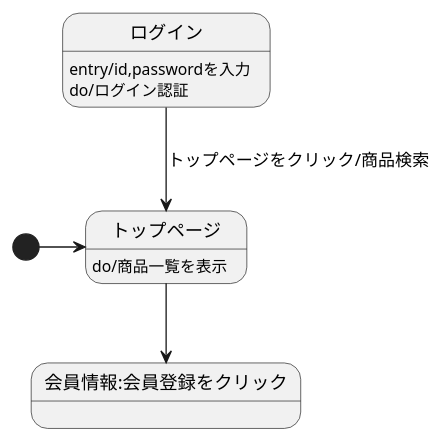
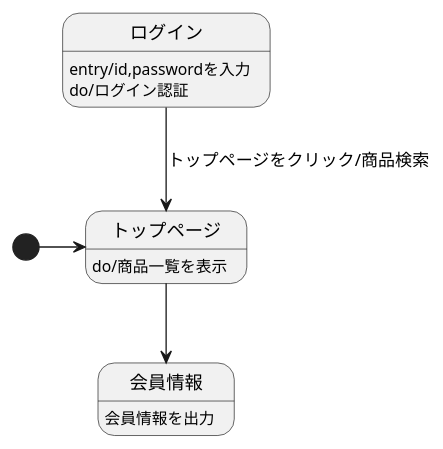
One commit to Aso2001224/2021sys-design changed the diagram in 画面遷移図(original).md. Above: the diagram before and after it, drawn with PlantUML.

````diff
--- a/画面遷移図(original).md
+++ b/画面遷移図(original).md
@@ -1,10 +1,11 @@
 ```uml
 @startuml
 [*]->トップページ
 トップページ:do/商品一覧を表示
 ログイン-->トップページ:トップページをクリック/商品検索
 ログイン:entry/id,passwordを入力
 ログイン:do/ログイン認証
-トップページ-->会員情報:会員登録をクリック
+トップページ-->会員情報
+会員情報:会員情報を出力
 @enduml
 ```
````
